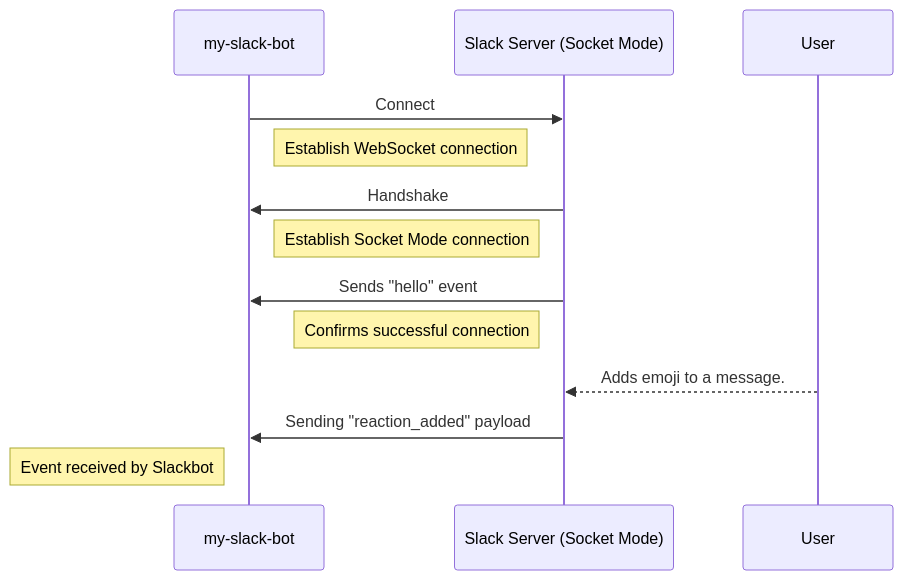
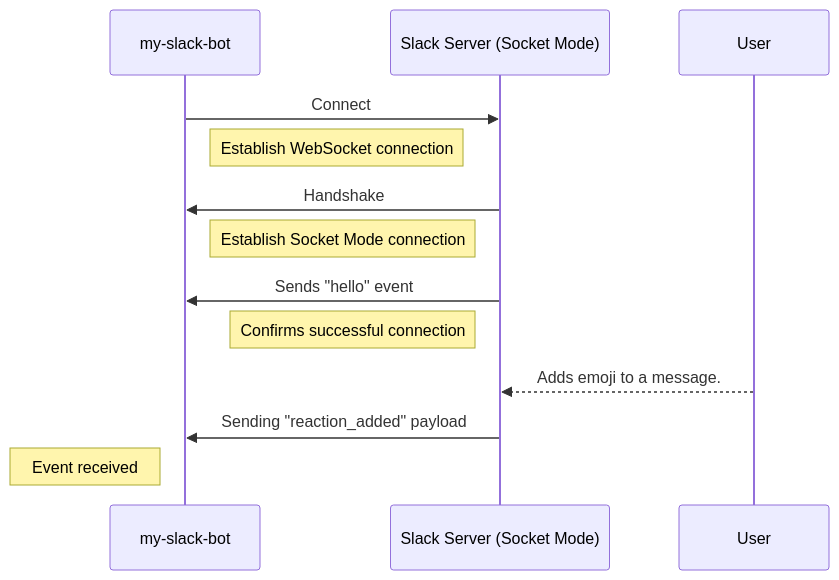
Before and after one commit to asyncapi/website: the first of 2 diagrams in pages/docs/tutorials/getting-started/slackbot-websocket-tutorial.md, drawn with Mermaid. The commit also changed other lines of this file, not shown here.

Commit message:
Renamed instances of SlackBot

````diff
--- a/pages/docs/tutorials/getting-started/slackbot-websocket-tutorial.md
+++ b/pages/docs/tutorials/getting-started/slackbot-websocket-tutorial.md
@@ -14,29 +14,29 @@
 ```mermaid
 sequenceDiagram
 participant my-slack-bot
 participant Slack Server (Socket Mode)
 participant User
 
 
 my-slack-bot->>Slack Server (Socket Mode): Connect
 Note right of my-slack-bot: Establish WebSocket connection
 
 
 Slack Server (Socket Mode)->> my-slack-bot : Handshake
 Note left of Slack Server (Socket Mode): Establish Socket Mode connection
 
 Slack Server (Socket Mode)->> my-slack-bot : Sends "hello" event
 Note left of Slack Server (Socket Mode): Confirms successful connection
 
 
 
 
 
 User-->>Slack Server (Socket Mode): Adds emoji to a message.
 
 
 Slack Server (Socket Mode)->>my-slack-bot: Sending "reaction_added" payload
 
 
-Note left of my-slack-bot: Event received by Slackbot
+Note left of my-slack-bot: Event received
 ``` 
````
